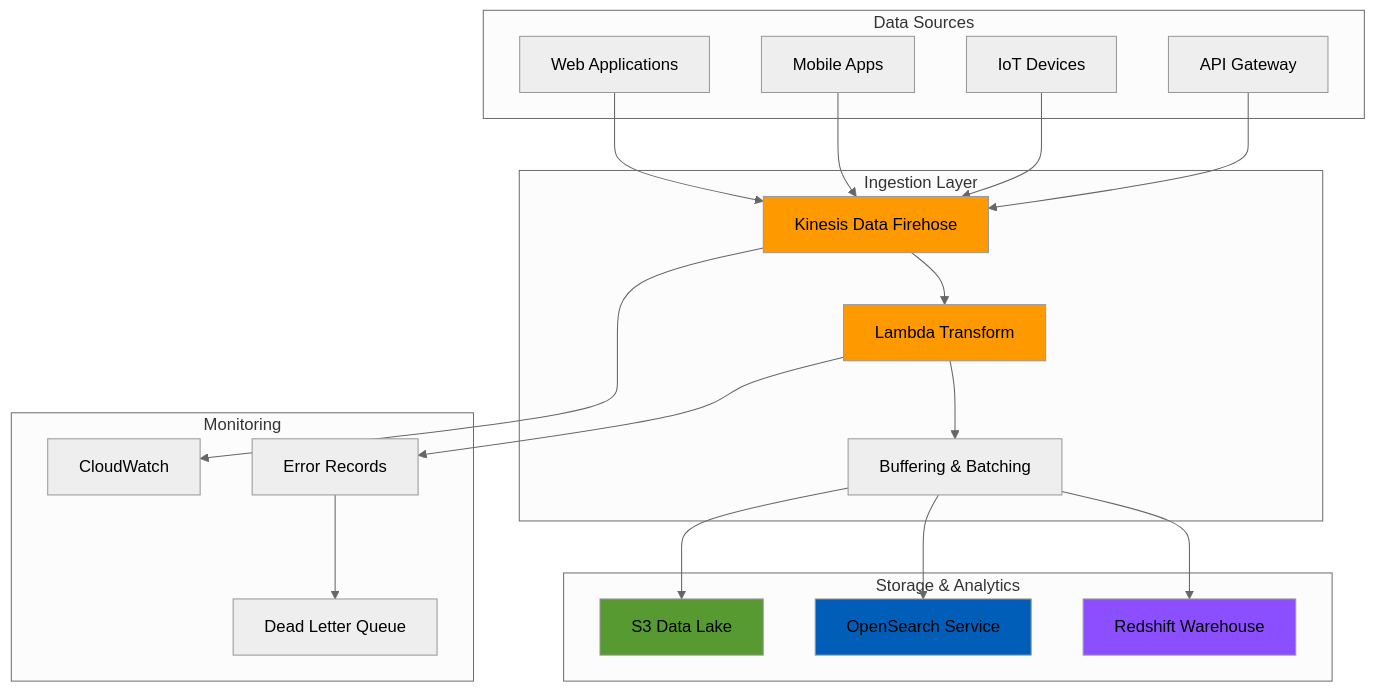
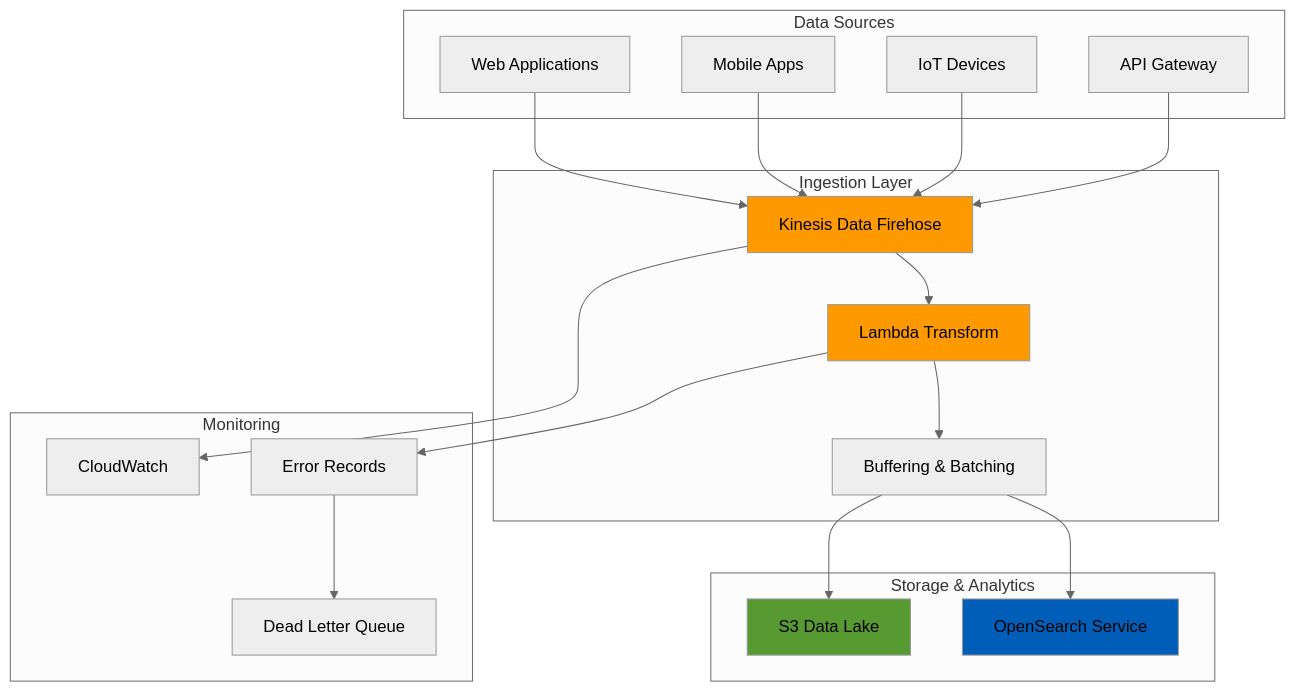
One commit to mzazon/awesome-cloud-projects changed the diagram in aws/streaming-data-processing-firehose/streaming-data-processing-firehose.md. Above: the diagram before and after it, drawn with Mermaid (neutral theme). The commit also changed other lines of this file and 5581 other files, not shown here.

````diff
--- a/aws/streaming-data-processing-firehose/streaming-data-processing-firehose.md
+++ b/aws/streaming-data-processing-firehose/streaming-data-processing-firehose.md
@@ -30,48 +30,45 @@
 ```mermaid
 graph TB
     subgraph "Data Sources"
         WEB[Web Applications]
         MOBILE[Mobile Apps]
         IOT[IoT Devices]
         API[API Gateway]
     end
     
     subgraph "Ingestion Layer"
         FIREHOSE[Kinesis Data Firehose]
         TRANSFORM[Lambda Transform]
         BUFFER[Buffering & Batching]
     end
     
     subgraph "Storage & Analytics"
         S3[S3 Data Lake]
         OPENSEARCH[OpenSearch Service]
-        REDSHIFT[Redshift Warehouse]
     end
     
     subgraph "Monitoring"
         CW[CloudWatch]
         ERRORS[Error Records]
         DLQ[Dead Letter Queue]
     end
     
     WEB --> FIREHOSE
     MOBILE --> FIREHOSE
     IOT --> FIREHOSE
     API --> FIREHOSE
     
     FIREHOSE --> TRANSFORM
     TRANSFORM --> BUFFER
     BUFFER --> S3
     BUFFER --> OPENSEARCH
-    BUFFER --> REDSHIFT
     
     FIREHOSE --> CW
     TRANSFORM --> ERRORS
     ERRORS --> DLQ
     
     style FIREHOSE fill:#FF9900
     style TRANSFORM fill:#FF9900
     style S3 fill:#569A31
     style OPENSEARCH fill:#005EB8
-    style REDSHIFT fill:#8C4FFF
 ```
````
